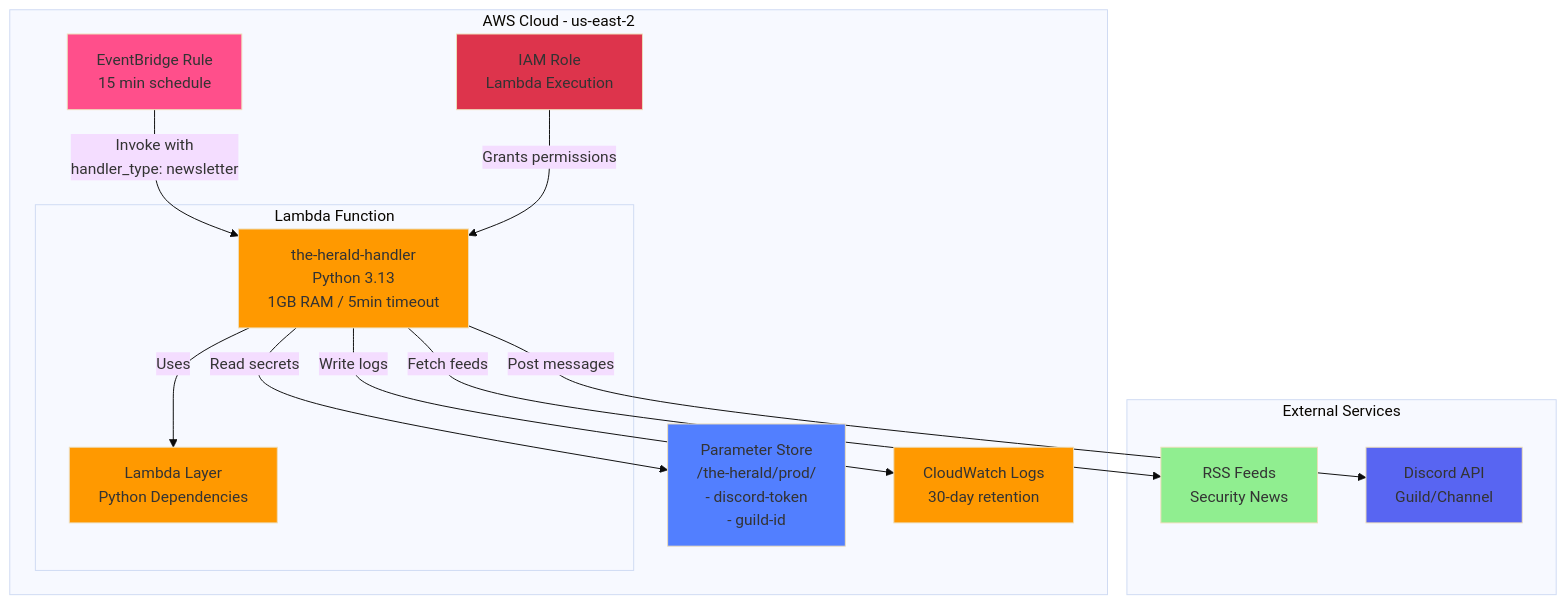
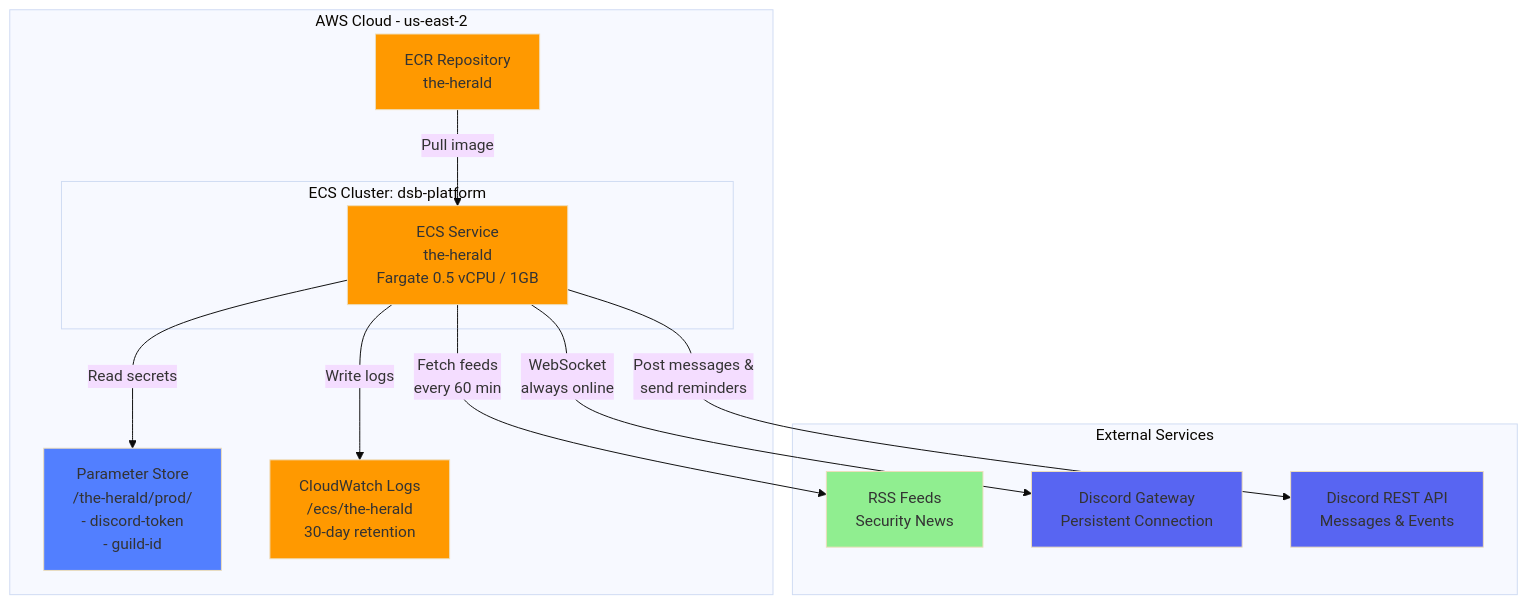
One commit to devsecblueprint/the-herald changed the diagram in README.md. Above: the diagram before and after it, drawn with Mermaid (base theme). The commit also changed other lines of this file and 7 other files, not shown here.

````diff
--- a/README.md
+++ b/README.md
@@ -30,38 +38,34 @@
 ```mermaid
 graph TB
     subgraph "AWS Cloud - us-east-2"
-        EB[EventBridge Rule<br/>15 min schedule]
-        
-        subgraph "Lambda Function"
-            LF[the-herald-handler<br/>Python 3.13<br/>1GB RAM / 5min timeout]
-            LL[Lambda Layer<br/>Python Dependencies]
+        subgraph "ECS Cluster: dsb-platform"
+            SVC[ECS Service<br/>the-herald<br/>Fargate 0.5 vCPU / 1GB]
         end
-        
+
+        ECR[ECR Repository<br/>the-herald]
         PS[Parameter Store<br/>/the-herald/prod/<br/>- discord-token<br/>- guild-id]
-        CW[CloudWatch Logs<br/>30-day retention]
-        IAM[IAM Role<br/>Lambda Execution]
-        
-        EB -->|Invoke with<br/>handler_type: newsletter| LF
-        LF -->|Uses| LL
-        LF -->|Read secrets| PS
-        LF -->|Write logs| CW
-        IAM -->|Grants permissions| LF
+        CW[CloudWatch Logs<br/>/ecs/the-herald<br/>30-day retention]
+
+        ECR -->|Pull image| SVC
+        SVC -->|Read secrets| PS
+        SVC -->|Write logs| CW
     end
-    
+
     subgraph "External Services"
         RSS[RSS Feeds<br/>Security News]
-        DC[Discord API<br/>Guild/Channel]
+        DC[Discord Gateway<br/>Persistent Connection]
+        DAPI[Discord REST API<br/>Messages & Events]
     end
-    
-    LF -->|Fetch feeds| RSS
-    LF -->|Post messages| DC
-    
-    style LF fill:#FF9900
-    style LL fill:#FF9900
-    style EB fill:#FF4F8B
+
+    SVC -->|Fetch feeds<br/>every 60 min| RSS
+    SVC -->|WebSocket<br/>always online| DC
+    SVC -->|Post messages &<br/>send reminders| DAPI
+
+    style SVC fill:#FF9900
+    style ECR fill:#FF9900
     style PS fill:#527FFF
     style CW fill:#FF9900
-    style IAM fill:#DD344C
     style RSS fill:#90EE90
     style DC fill:#5865F2
+    style DAPI fill:#5865F2
 ```
````
